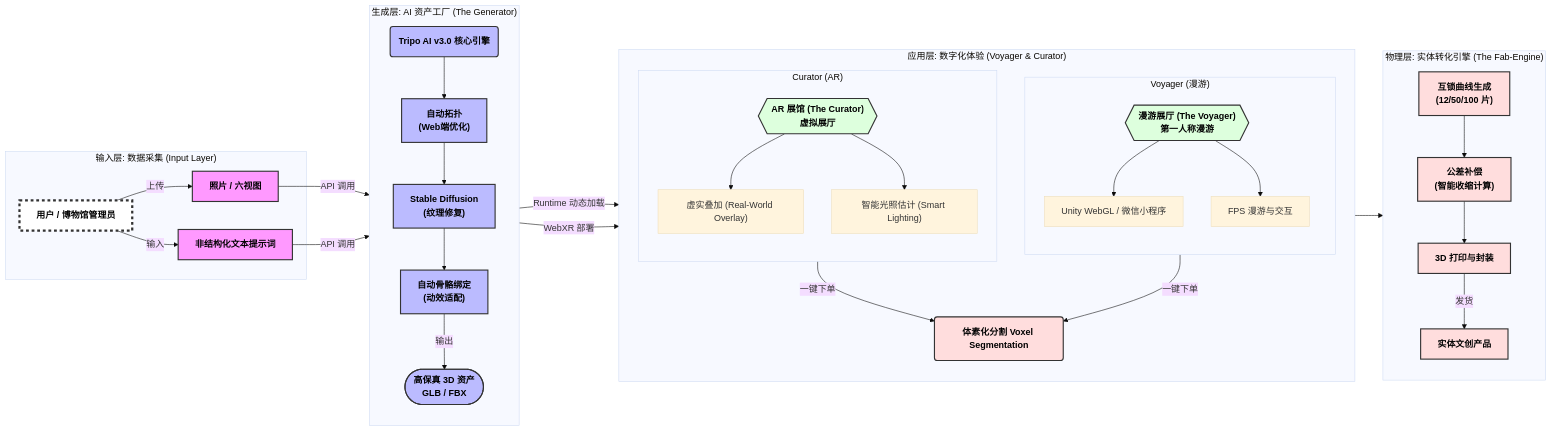
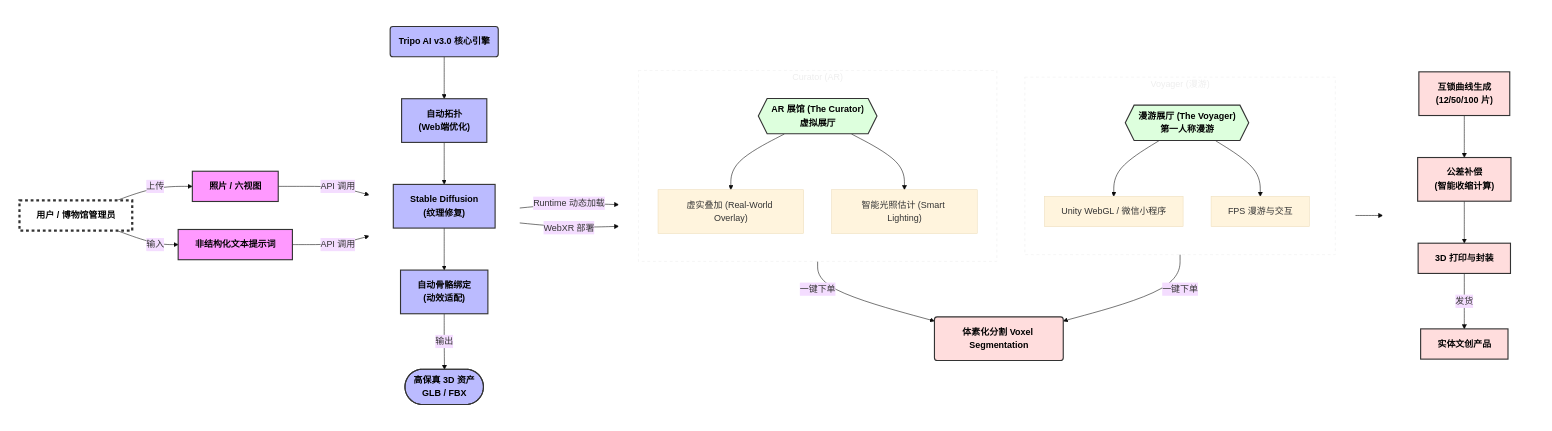
Before and after one commit to mayouer123456/Boundless_Treasures_BP: the diagram in Architecture_Diagram_Boundless_Treasures.md, drawn with Mermaid (base theme). The commit also changed 11 other files, not shown here.

Commit message:
Change subgraph border colors to white for dark background

````diff
--- a/Architecture_Diagram_Boundless_Treasures.md
+++ b/Architecture_Diagram_Boundless_Treasures.md
@@ -79,5 +79,15 @@
         D4 -->|发货| E1
     end
 
+    %% Subgraph Styling for Dark Background
+    style Input_Layer fill:none,stroke:#fff,stroke-width:2px,color:#fff
+    style Core_Layer fill:none,stroke:#fff,stroke-width:2px,color:#fff
+    style Application_Layer fill:none,stroke:#fff,stroke-width:2px,color:#fff
+    style Physical_Layer fill:none,stroke:#fff,stroke-width:2px,color:#fff
+    
+    %% Nested Subgraph Styling
+    style Voyager_Zone fill:none,stroke:#eee,stroke-width:1px,color:#eee,stroke-dasharray: 5 5
+    style Curator_Zone fill:none,stroke:#eee,stroke-width:1px,color:#eee,stroke-dasharray: 5 5
+
 
 ```
````
